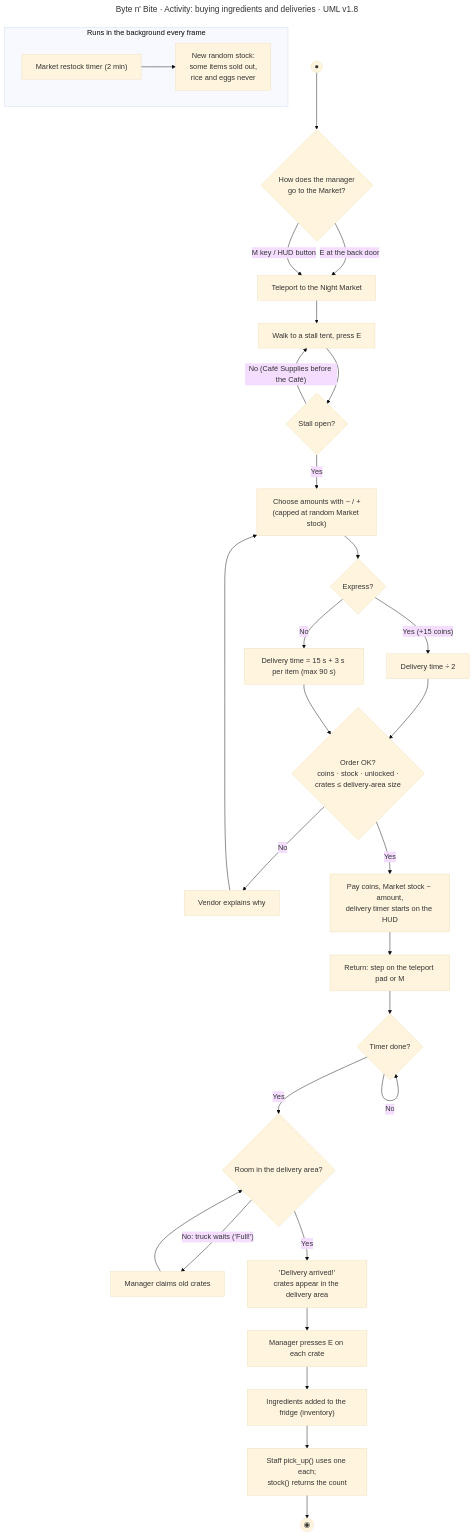
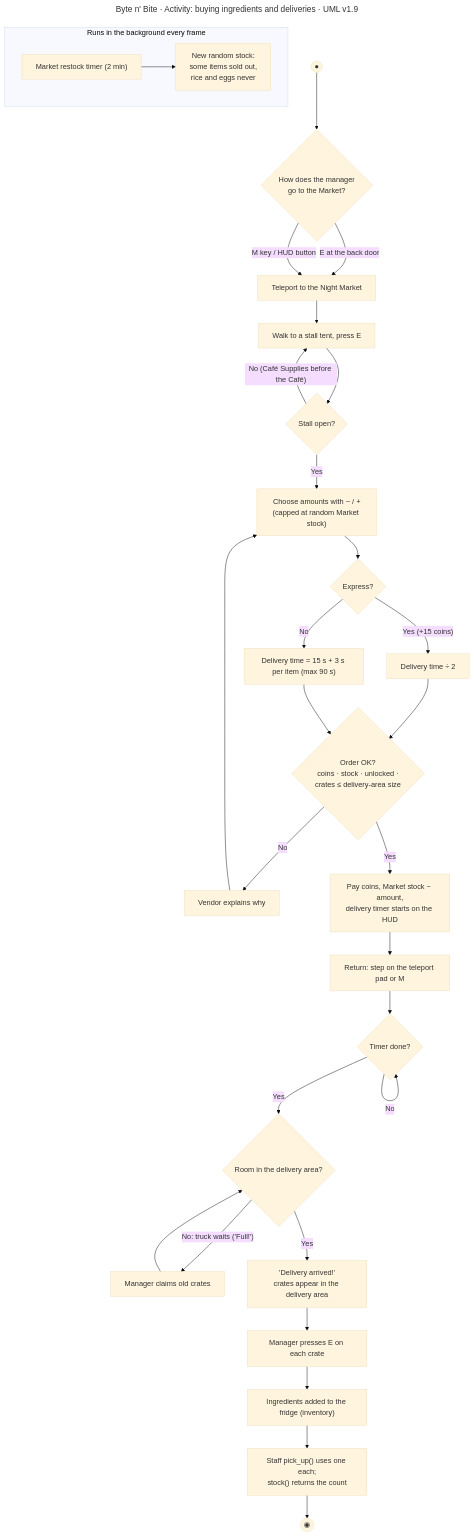
The diagram in docs/uml/4_activity_market_delivery.mmd (cgpatz/Byte-n-Bite), drawn with Mermaid (base theme) before and after one commit. The commit also changed 4 other files, not shown here.

First line of the commit message:
UML v1.9 labels (matches SRS v1.9)

```diff
--- a/docs/uml/4_activity_market_delivery.mmd
+++ b/docs/uml/4_activity_market_delivery.mmd
@@ -1,32 +1,32 @@
 ---
-title: "Byte n' Bite · Activity: buying ingredients and deliveries · UML v1.8"
+title: "Byte n' Bite · Activity: buying ingredients and deliveries · UML v1.9"
 ---
 flowchart TD
     start((●)) --> A{"How does the manager<br/>go to the Market?"}
     A -- "E at the back door" --> B["Teleport to the Night Market"]
     A -- "M key / HUD button" --> B
     B --> C["Walk to a stall tent, press E"]
     C --> D{"Stall open?"}
     D -- "No (Café Supplies before the Café)" --> C
     D -- Yes --> E["Choose amounts with − / +<br/>(capped at random Market stock)"]
     E --> F{"Express?"}
     F -- "Yes (+15 coins)" --> G["Delivery time ÷ 2"]
     F -- No --> H["Delivery time = 15 s + 3 s per item (max 90 s)"]
     G --> I
     H --> I{"Order OK?<br/>coins · stock · unlocked ·<br/>crates ≤ delivery-area size"}
     I -- No --> J["Vendor explains why"] --> E
     I -- Yes --> K["Pay coins, Market stock − amount,<br/>delivery timer starts on the HUD"]
     K --> L["Return: step on the teleport pad or M"]
     L --> M{"Timer done?"}
     M -- No --> M
     M -- Yes --> N{"Room in the delivery area?"}
     N -- "No: truck waits ('Full!')" --> O["Manager claims old crates"] --> N
     N -- Yes --> P["'Delivery arrived!'<br/>crates appear in the delivery area"]
     P --> Q["Manager presses E on each crate"]
     Q --> R["Ingredients added to the fridge (inventory)"]
     R --> S["Staff pick_up() uses one each;<br/>stock() returns the count"]
     S --> stop((◉))
 
     subgraph BG["Runs in the background every frame"]
         T["Market restock timer (2 min)"] --> U["New random stock:<br/>some items sold out,<br/>rice and eggs never"]
     end
```
